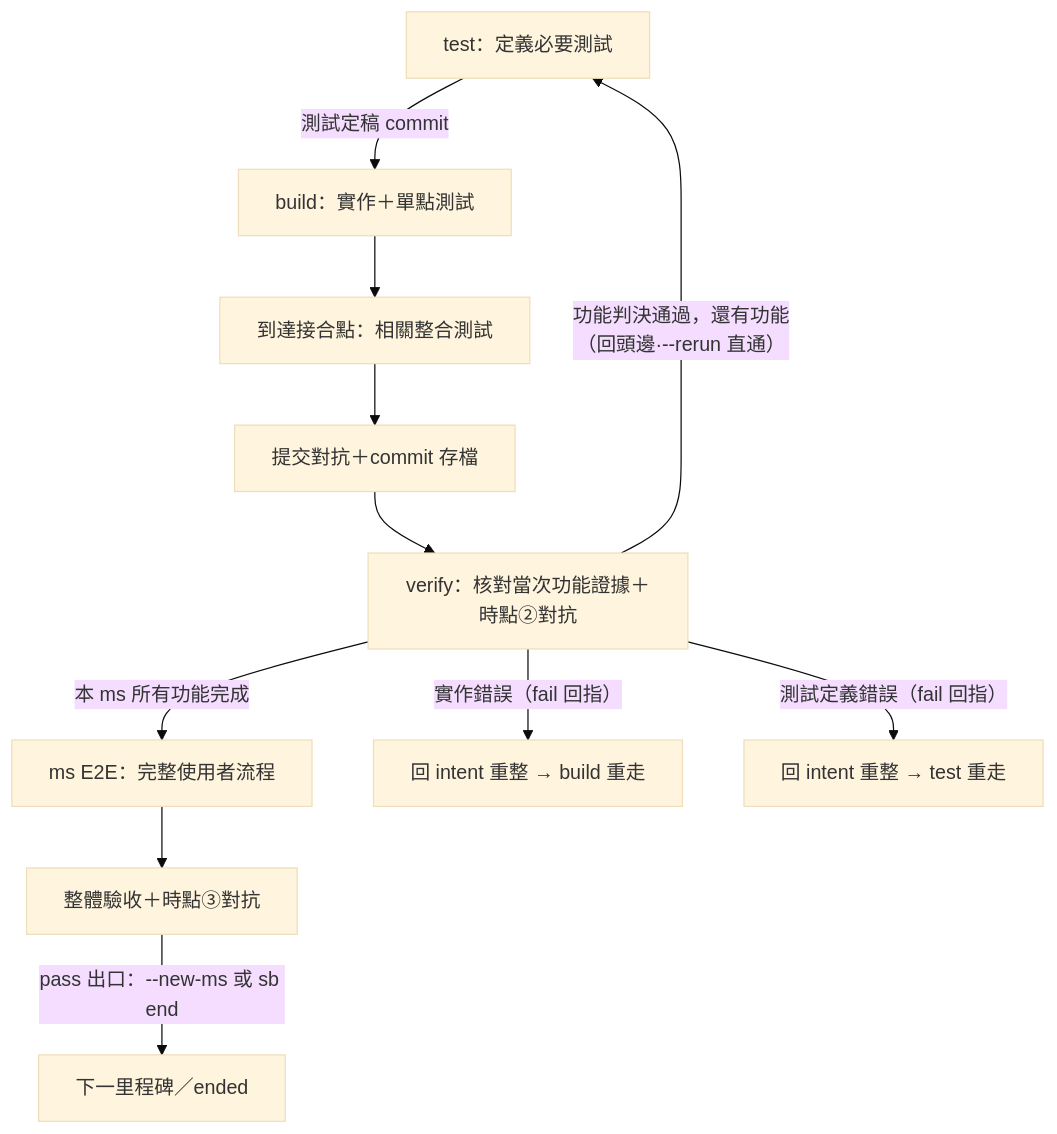
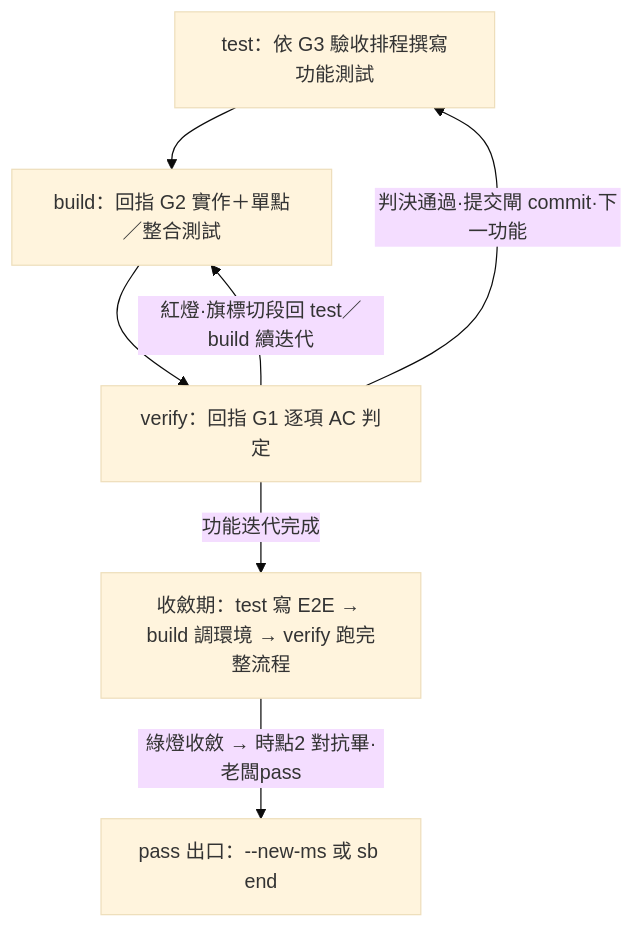
Before and after one commit to teps3105/shiftblame: the eighth of 9 diagrams in skills/shiftblame/SKILL.md, drawn with Mermaid (base theme). The commit also changed other lines of this file and 33 other files, not shown here.

````diff
--- a/skills/shiftblame/SKILL.md
+++ b/skills/shiftblame/SKILL.md
@@ -340,13 +378,9 @@
 ```mermaid
 flowchart TB
-    TST["test：定義必要測試"] -->|測試定稿 commit| DEV["build：實作＋單點測試"]
-    DEV --> INT["到達接合點：相關整合測試"]
-    INT --> Commit["提交對抗＋commit 存檔"]
-    Commit --> ACC["verify：核對當次功能證據＋時點②對抗"]
-    ACC -->|功能判決通過，還有功能<br>（回頭邊·--rerun 直通）| TST
-    ACC -->|本 ms 所有功能完成| E2E["ms E2E：完整使用者流程"]
-    E2E --> MS["整體驗收＋時點③對抗"]
-    MS -->|pass 出口：--new-ms 或 sb end| OUT["下一里程碑／ended"]
-    ACC -->|實作錯誤（fail 回指）| DEV2["回 intent 重整 → build 重走"]
-    ACC -->|測試定義錯誤（fail 回指）| TST2["回 intent 重整 → test 重走"]
+    TST["test：依 G3 驗收排程撰寫功能測試"] --> DEV["build：回指 G2 實作＋單點／整合測試"]
+    DEV --> ACC["verify：回指 G1 逐項 AC 判定"]
+    ACC -->|判決通過·提交閘 commit·下一功能| TST
+    ACC -->|紅燈·旗標切段回 test／build 續迭代| DEV
+    ACC -->|功能迭代完成| CE2E["收斂期：test 寫 E2E → build 調環境 → verify 跑完整流程"]
+    CE2E -->|綠燈收斂 → 時點2 對抗畢·老闆pass| OUT["pass 出口：--new-ms 或 sb end"]
 ```
````
